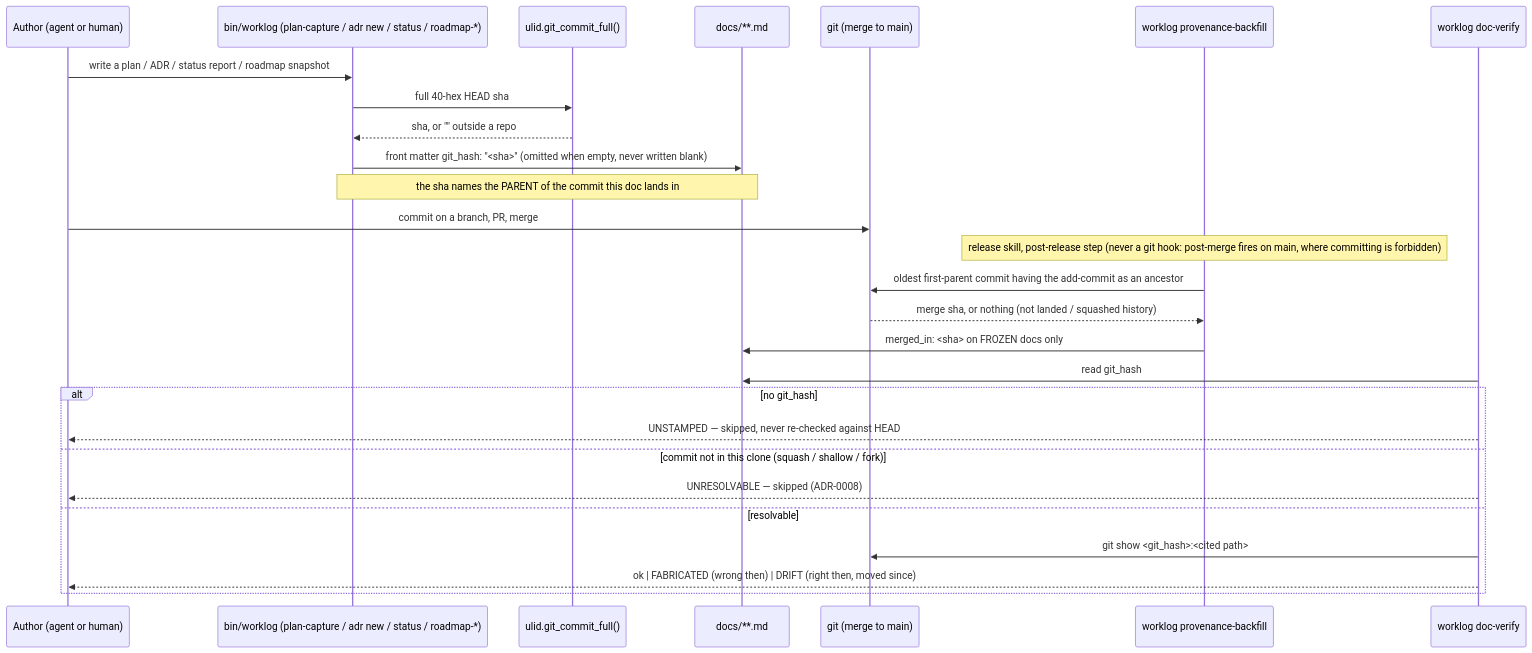
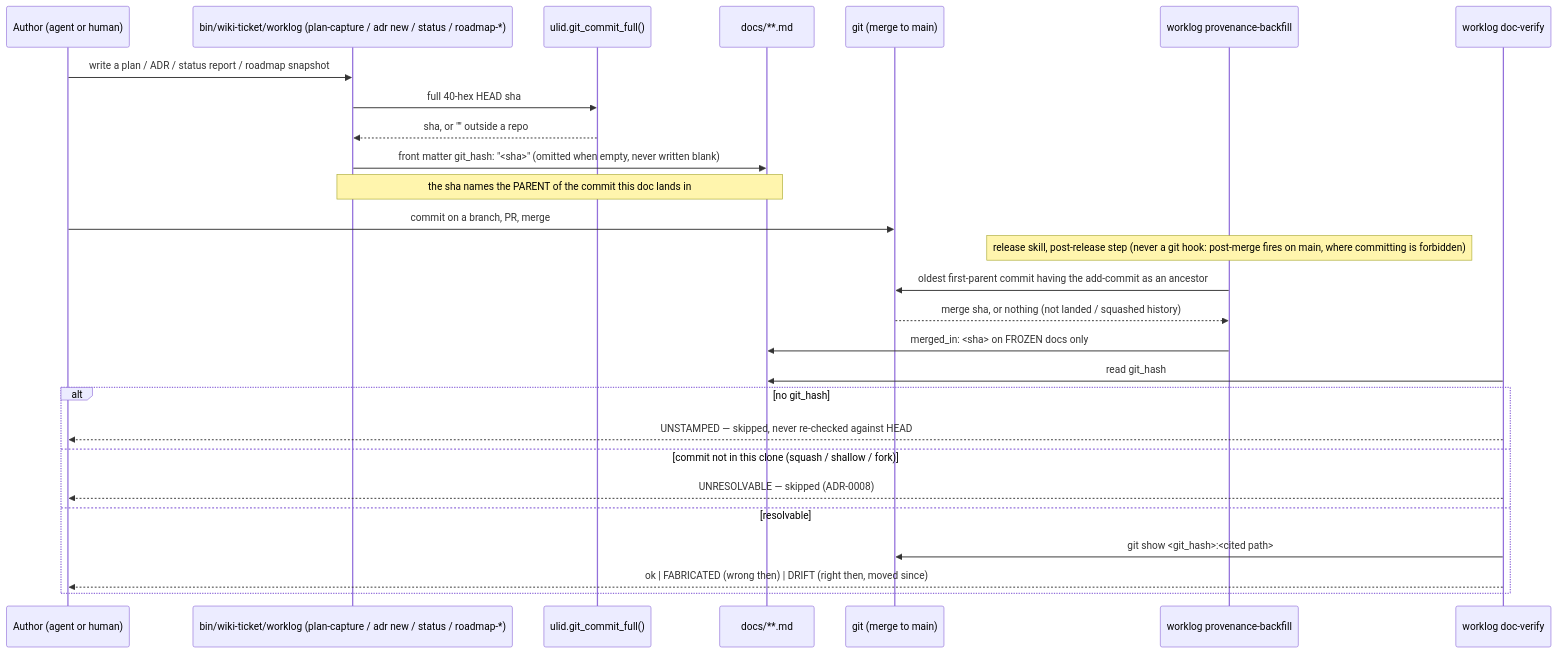
Before and after one commit to SpillwaveSolutions/wiki_ticket_sdd: the seventh of 12 diagrams in docs/designs/current_design_doc.md, drawn with Mermaid. The commit also changed other lines of this file and 3 other files, not shown here.

First line of the commit message:
docs: point the live design pair at bin/wiki-ticket

````diff
--- a/docs/designs/current_design_doc.md
+++ b/docs/designs/current_design_doc.md
@@ -1281,29 +1281,29 @@
 ```mermaid
 sequenceDiagram
     participant A as Author (agent or human)
-    participant W as bin/worklog (plan-capture / adr new / status / roadmap-*)
+    participant W as bin/wiki-ticket/worklog (plan-capture / adr new / status / roadmap-*)
     participant U as ulid.git_commit_full()
     participant D as docs/**.md
     participant G as git (merge to main)
     participant P as worklog provenance-backfill
     participant V as worklog doc-verify
     A->>W: write a plan / ADR / status report / roadmap snapshot
     W->>U: full 40-hex HEAD sha
     U-->>W: sha, or "" outside a repo
     W->>D: front matter git_hash: "<sha>"  (omitted when empty, never written blank)
     Note over W,D: the sha names the PARENT of the commit this doc lands in
     A->>G: commit on a branch, PR, merge
     Note over P: release skill, post-release step (never a git hook: post-merge fires on main, where committing is forbidden)
     P->>G: oldest first-parent commit having the add-commit as an ancestor
     G-->>P: merge sha, or nothing (not landed / squashed history)
     P->>D: merged_in: <sha> on FROZEN docs only
     V->>D: read git_hash
     alt no git_hash
         V-->>A: UNSTAMPED — skipped, never re-checked against HEAD
     else commit not in this clone (squash / shallow / fork)
         V-->>A: UNRESOLVABLE — skipped (ADR-0008)
     else resolvable
         V->>G: git show <git_hash>:<cited path>
         V-->>A: ok | FABRICATED (wrong then) | DRIFT (right then, moved since)
     end
 ```
````
